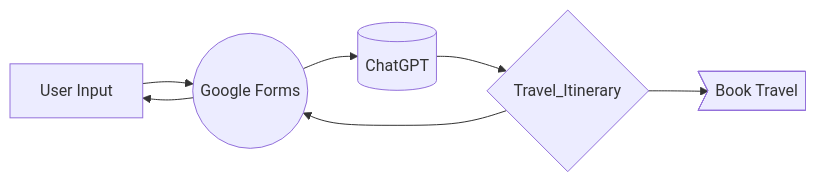
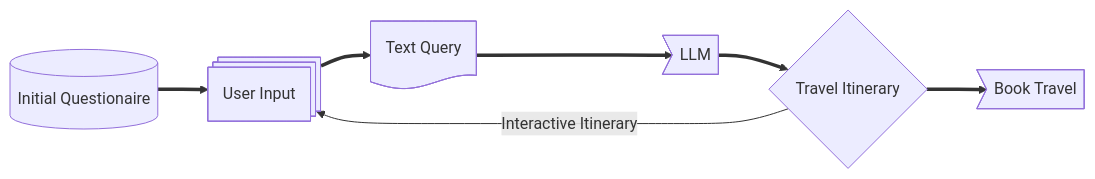
Before and after one commit to pjbrumm94/TravelApp: the diagram in README.md, drawn with Mermaid.

````diff
--- a/README.md
+++ b/README.md
@@ -7,9 +7,13 @@
 ```mermaid
 flowchart LR;
-  usr[User Input]-->In
-  In((Google Forms))-->LLM[(ChatGPT)];
-  LLM-->Iti{Travel_Itinerary};
-  Iti-->In;
-  In-->usr;
-  Iti-->Trav>Book Travel]
+  In@{ shape: cyl, label: "Initial Questionaire" } ==> usr;
+  usr@{ shape : processes, label: "User Input" } ==> tq;
+
+  tq@{ shape: doc, label: "Text Query" } ==> LLM;
+
+  LLM@{ shape: odd, label: "LLM" } ==> Iti;
+
+  Iti@{ shape: diamond, label: "Travel Itinerary"} -- Interactive Itinerary --> usr;
+
+  Iti ==> Trav>Book Travel];
 ```
````
